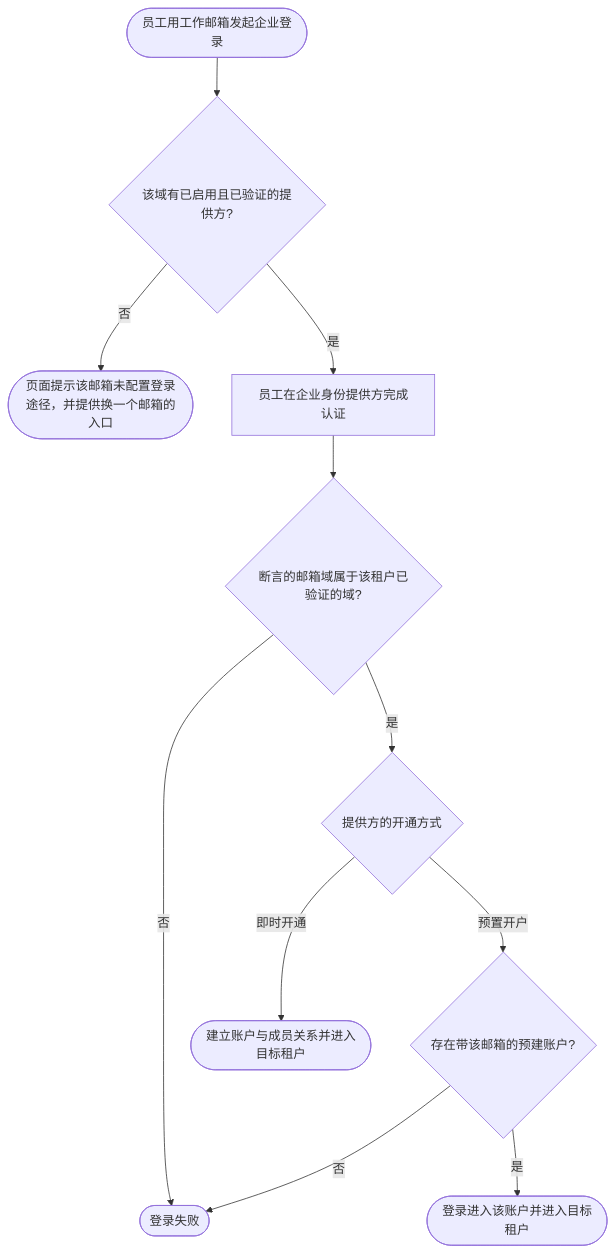
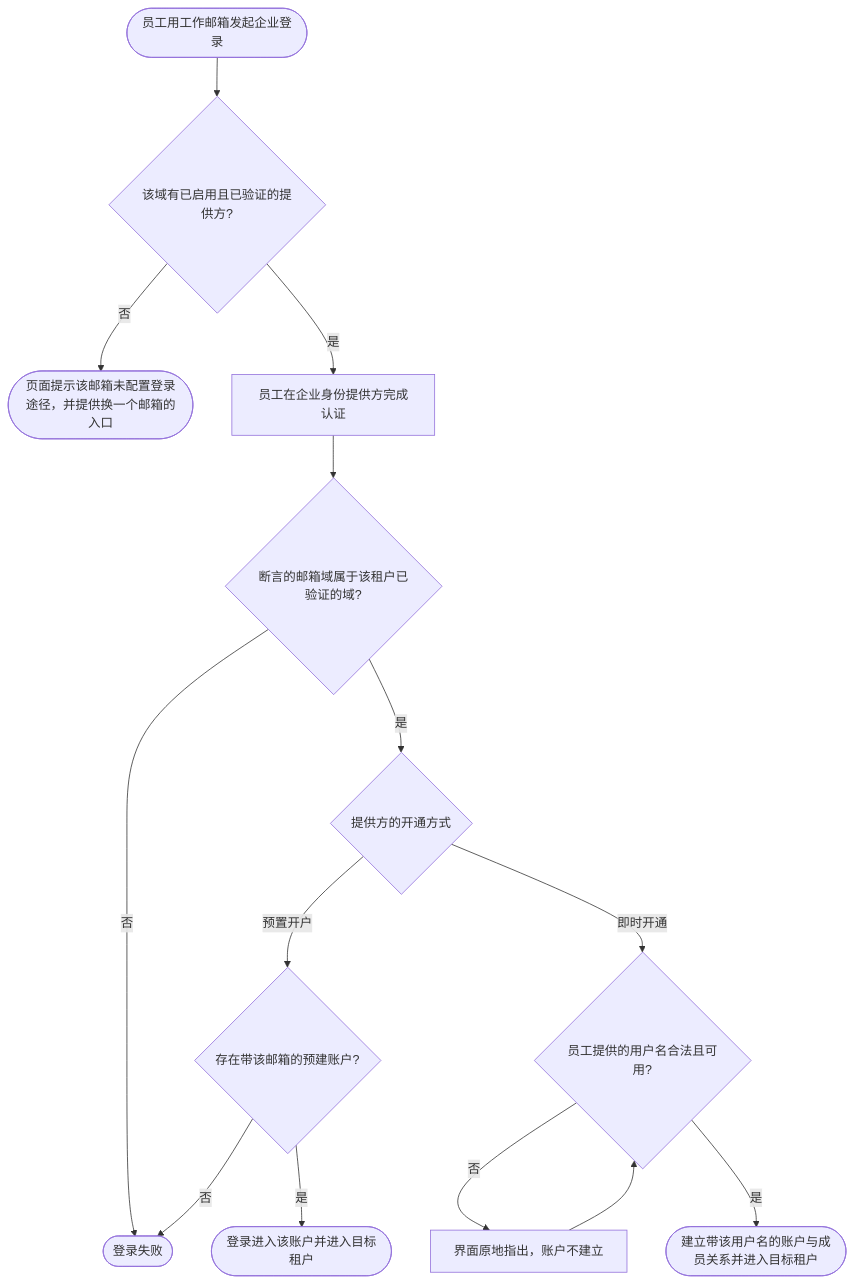
One commit to wangzw/speed changed the diagram in docs/prd/journeys/journey-enterprise-sso-onboarding.md. Above: the diagram before and after it, drawn with Mermaid. The commit also changed other lines of this file and 22 other files, not shown here.

````diff
--- a/docs/prd/journeys/journey-enterprise-sso-onboarding.md
+++ b/docs/prd/journeys/journey-enterprise-sso-onboarding.md
@@ -38,13 +38,16 @@
 ```mermaid
 flowchart TD
     start([员工用工作邮箱发起企业登录]) --> found{该域有已启用且已验证的提供方?}
     found -->|否| none([页面提示该邮箱未配置登录途径，并提供换一个邮箱的入口])
     found -->|是| idp[员工在企业身份提供方完成认证]
     idp --> domain{断言的邮箱域属于该租户已验证的域?}
     domain -->|否| fail([登录失败])
     domain -->|是| provision{提供方的开通方式}
     provision -->|预置开户| pre{存在带该邮箱的预建账户?}
     pre -->|否| fail
     pre -->|是| ok([登录进入该账户并进入目标租户])
-    provision -->|即时开通| create([建立账户与成员关系并进入目标租户])
+    provision -->|即时开通| uname{员工提供的用户名合法且可用?}
+    uname -->|否| unamefail[界面原地指出，账户不建立]
+    unamefail --> uname
+    uname -->|是| create([建立带该用户名的账户与成员关系并进入目标租户])
 ```
````
